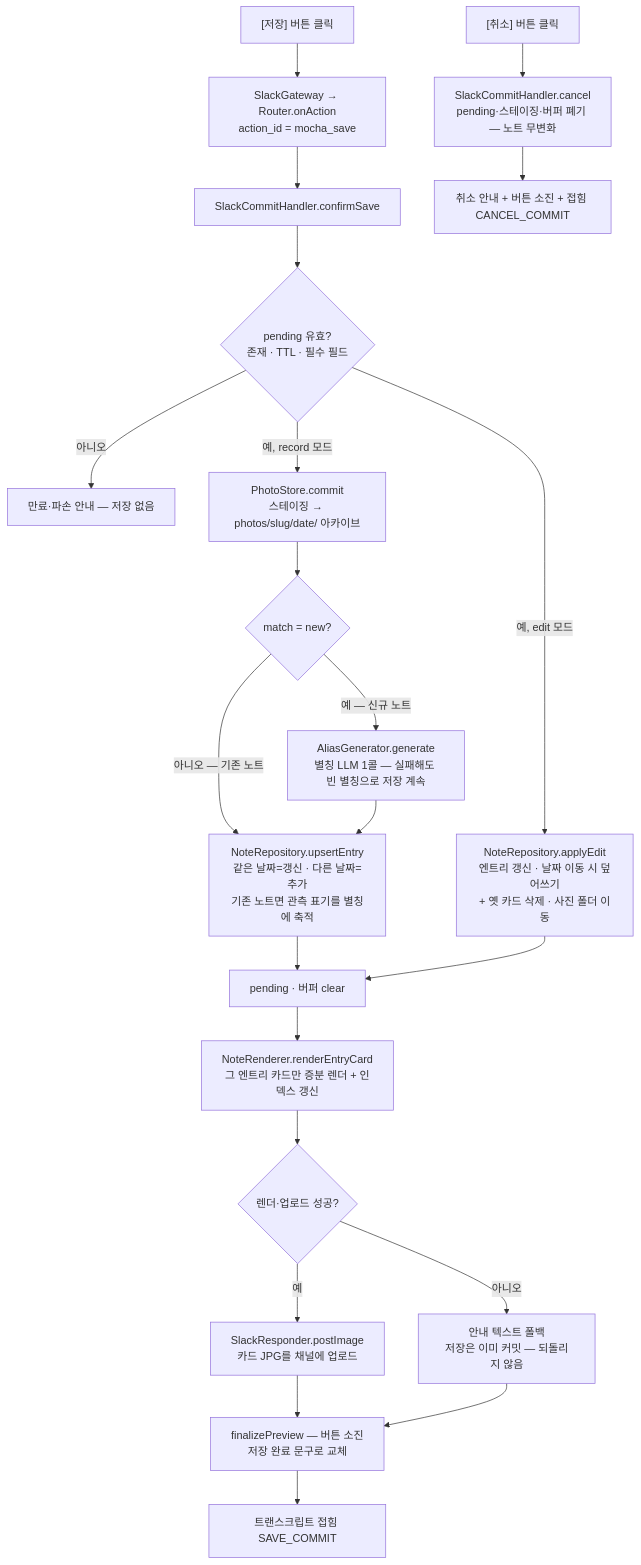
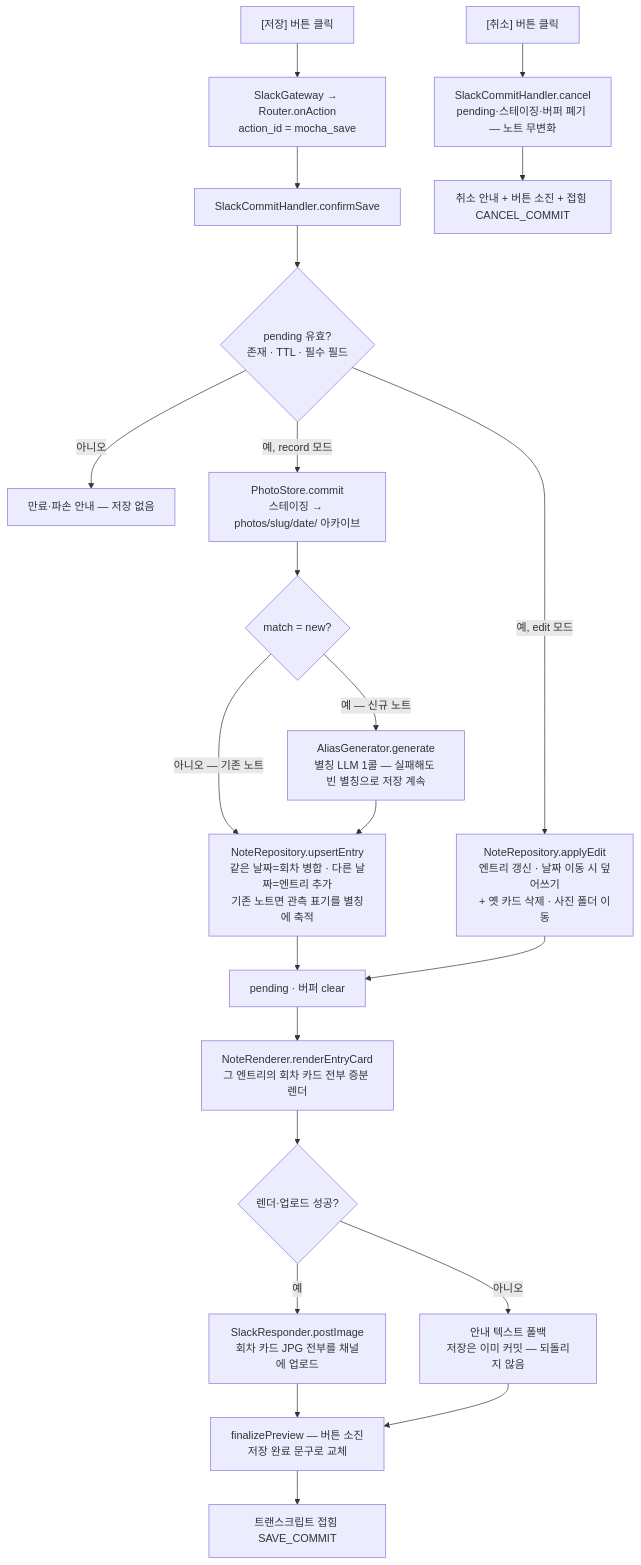
The fourth of 8 diagrams in docs/architecture-classes-and-flows.md (devwuu/mocha), drawn with Mermaid before and after one commit. The commit also changed other lines of this file and 1 other file, not shown here.

````diff
--- a/docs/architecture-classes-and-flows.md
+++ b/docs/architecture-classes-and-flows.md
@@ -396,25 +437,25 @@
 ```mermaid
 flowchart TB
     A["[저장] 버튼 클릭"] --> B[SlackGateway → Router.onAction<br/>action_id = mocha_save]
     B --> C[SlackCommitHandler.confirmSave]
     C --> D{pending 유효?<br/>존재 · TTL · 필수 필드}
     D -->|아니오| E[만료·파손 안내 — 저장 없음]
     D -->|예, record 모드| F[PhotoStore.commit<br/>스테이징 → photos/slug/date/ 아카이브]
     F --> G{match = new?}
     G -->|예 — 신규 노트| H[AliasGenerator.generate<br/>별칭 LLM 1콜 — 실패해도 빈 별칭으로 저장 계속]
     G -->|아니오 — 기존 노트| I
-    H --> I[NoteRepository.upsertEntry<br/>같은 날짜=갱신 · 다른 날짜=추가<br/>기존 노트면 관측 표기를 별칭에 축적]
+    H --> I[NoteRepository.upsertEntry<br/>같은 날짜=회차 병합 · 다른 날짜=엔트리 추가<br/>기존 노트면 관측 표기를 별칭에 축적]
     D -->|예, edit 모드| J[NoteRepository.applyEdit<br/>엔트리 갱신 · 날짜 이동 시 덮어쓰기<br/>+ 옛 카드 삭제 · 사진 폴더 이동]
     I --> K[pending · 버퍼 clear]
     J --> K
-    K --> L[NoteRenderer.renderEntryCard<br/>그 엔트리 카드만 증분 렌더 + 인덱스 갱신]
+    K --> L[NoteRenderer.renderEntryCard<br/>그 엔트리의 회차 카드 전부 증분 렌더]
     L --> M{렌더·업로드 성공?}
-    M -->|예| N[SlackResponder.postImage<br/>카드 JPG를 채널에 업로드]
+    M -->|예| N[SlackResponder.postImage<br/>회차 카드 JPG 전부를 채널에 업로드]
     M -->|아니오| O[안내 텍스트 폴백<br/>저장은 이미 커밋 — 되돌리지 않음]
     N --> P[finalizePreview — 버튼 소진<br/>저장 완료 문구로 교체]
     O --> P
     P --> Q[트랜스크립트 접힘 SAVE_COMMIT]
 
     R["[취소] 버튼 클릭"] --> S[SlackCommitHandler.cancel<br/>pending·스테이징·버퍼 폐기 — 노트 무변화]
     S --> T[취소 안내 + 버튼 소진 + 접힘 CANCEL_COMMIT]
 ```
````
